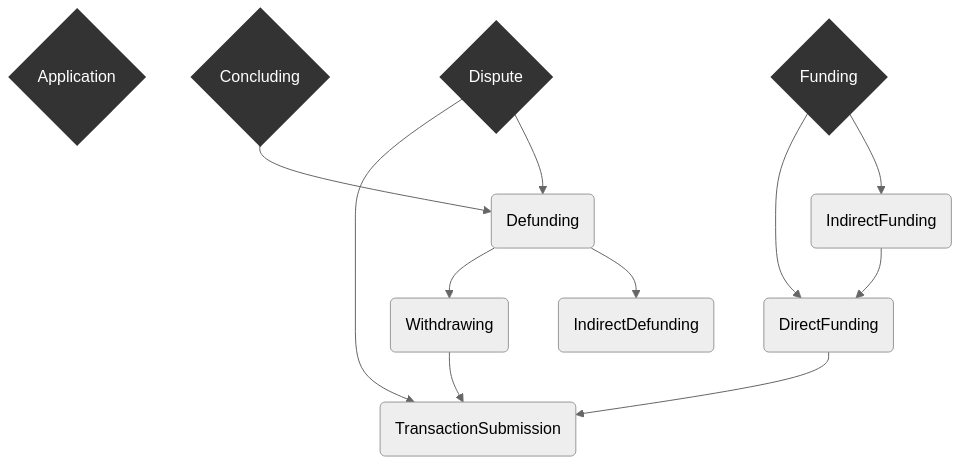
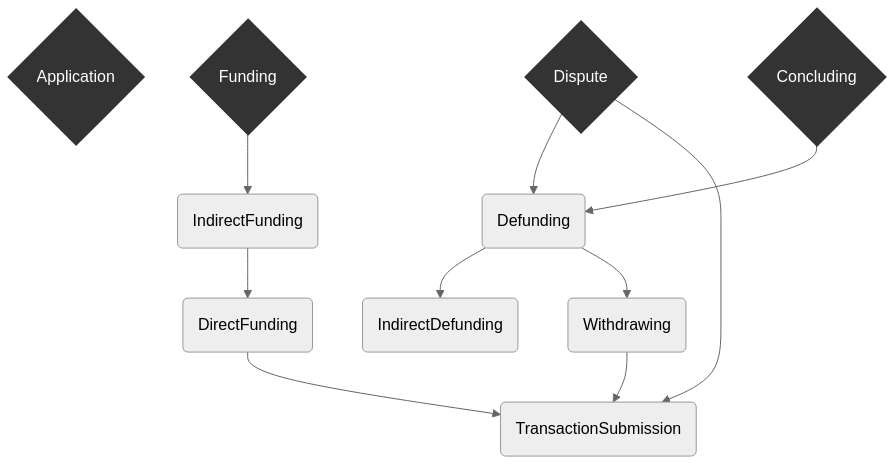
One commit to magmo/apps changed the diagram in packages/wallet/notes/index.md. Above: the diagram before and after it, drawn with Mermaid (neutral theme). The commit also changed 3 other files, not shown here.

````diff
--- a/packages/wallet/notes/index.md
+++ b/packages/wallet/notes/index.md
@@ -22,26 +22,26 @@
 ```mermaid
 graph TD
   linkStyle default interpolate basis
 
     A{Application}
     F{Funding}--> idF(IndirectFunding)
-    F--> dF
+
     D{Dispute}--> Df(Defunding)
     D-->TS
     C{Concluding}-->Df(Defunding)
 
     idF --> dF(DirectFunding)
 
     Df-->idDf(IndirectDefunding)
     Df-->W(Withdrawing)
 
     dF-->TS(TransactionSubmission)
 
     W-->TS
 
     classDef TopLevelProtocol stroke:#333,stroke-width:4px,color:#ffff,fill:#333;
 
     class A,F,D,C TopLevelProtocol
 
 
 ```
````
